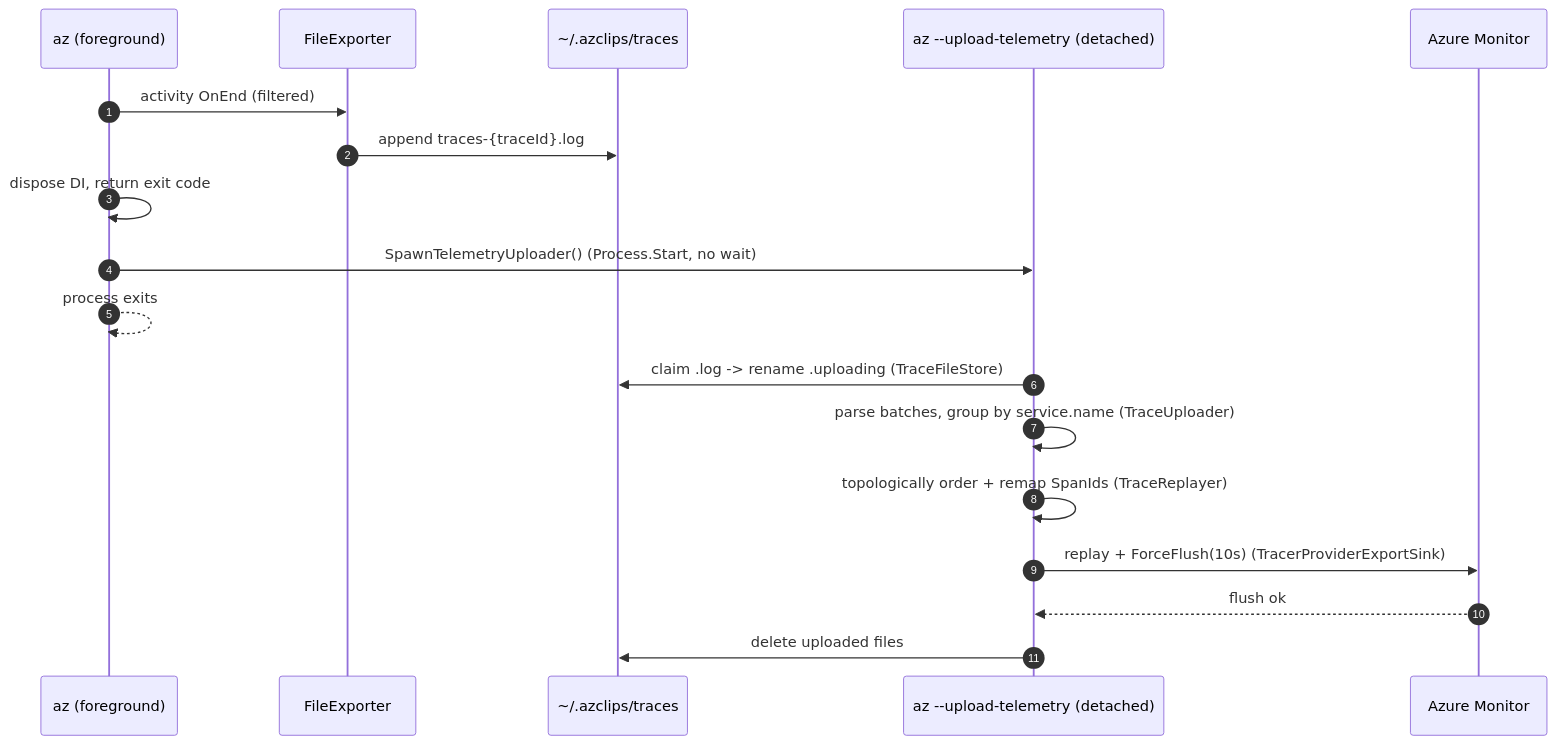
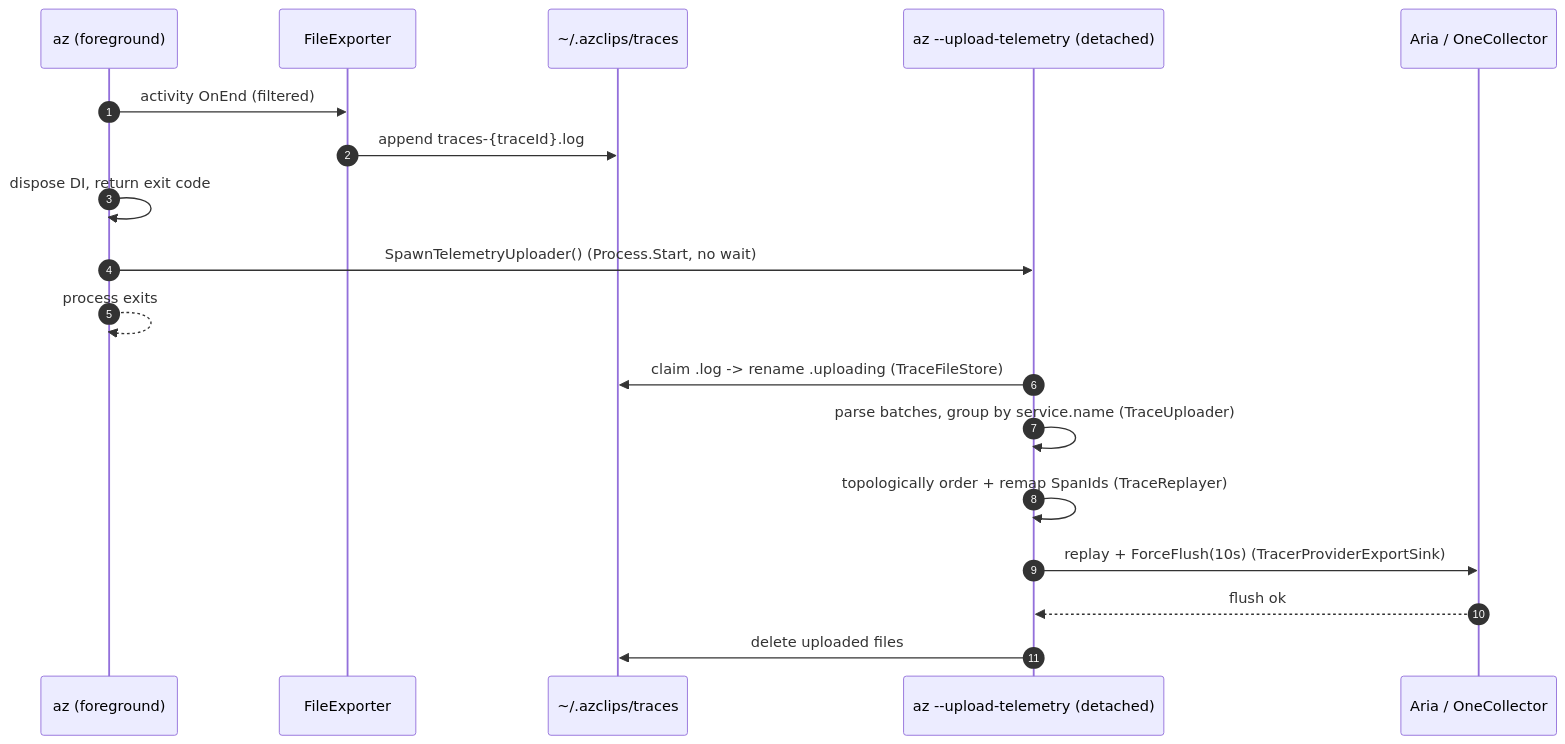
The second of 2 diagrams in wiki/02-deep-dive/telemetry.md (Azure/azclips), drawn with Mermaid before and after one commit. The commit also changed other lines of this file and 21 other files, not shown here.

````diff
--- a/wiki/02-deep-dive/telemetry.md
+++ b/wiki/02-deep-dive/telemetry.md
@@ -190,20 +190,20 @@
 ```mermaid
 sequenceDiagram
     autonumber
     participant Cmd as az (foreground)
     participant Exp as FileExporter
     participant Disk as ~/.azclips/traces
     participant Up as az --upload-telemetry (detached)
-    participant AM as Azure Monitor
+    participant Aria as Aria / OneCollector
     Cmd->>Exp: activity OnEnd (filtered)
     Exp->>Disk: append traces-{traceId}.log
     Cmd->>Cmd: dispose DI, return exit code
     Cmd->>Up: SpawnTelemetryUploader() (Process.Start, no wait)
     Cmd-->>Cmd: process exits
     Up->>Disk: claim .log -> rename .uploading (TraceFileStore)
     Up->>Up: parse batches, group by service.name (TraceUploader)
     Up->>Up: topologically order + remap SpanIds (TraceReplayer)
-    Up->>AM: replay + ForceFlush(10s) (TracerProviderExportSink)
-    AM-->>Up: flush ok
+    Up->>Aria: replay + ForceFlush(10s) (TracerProviderExportSink)
+    Aria-->>Up: flush ok
     Up->>Disk: delete uploaded files
 ```
````
